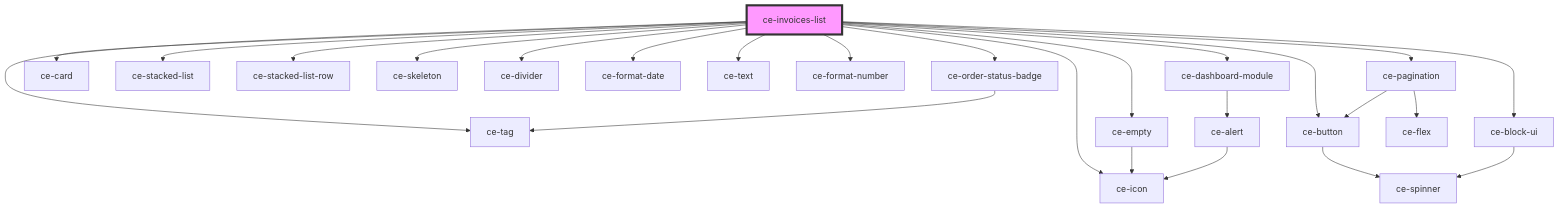
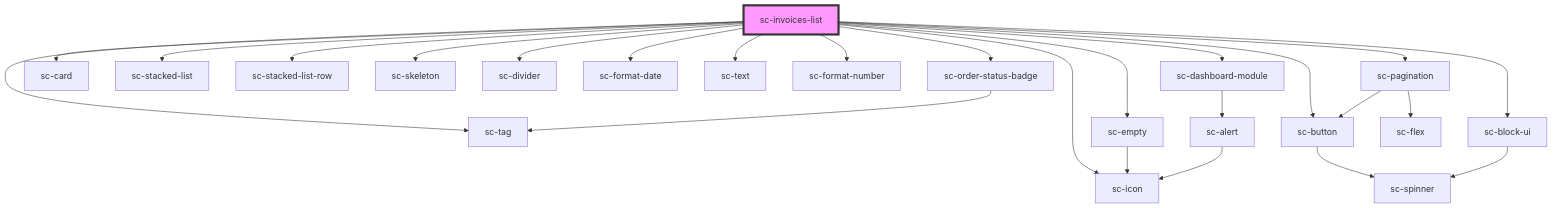
One commit to surecart/surecart-wp-plugin changed the diagram in packages/components/src/components/controllers/dashboard/invoices-list/readme.md. Above: the diagram before and after it, drawn with Mermaid. The commit also changed other lines of this file and 1281 other files, not shown here.

````diff
--- a/packages/components/src/components/controllers/dashboard/invoices-list/readme.md
+++ b/packages/components/src/components/controllers/dashboard/invoices-list/readme.md
@@ -39,28 +39,28 @@
 ```mermaid
 graph TD;
-  ce-invoices-list --> ce-tag
-  ce-invoices-list --> ce-order-status-badge
-  ce-invoices-list --> ce-card
-  ce-invoices-list --> ce-stacked-list
-  ce-invoices-list --> ce-stacked-list-row
-  ce-invoices-list --> ce-skeleton
-  ce-invoices-list --> ce-divider
-  ce-invoices-list --> ce-empty
-  ce-invoices-list --> ce-format-date
-  ce-invoices-list --> ce-text
-  ce-invoices-list --> ce-format-number
-  ce-invoices-list --> ce-dashboard-module
-  ce-invoices-list --> ce-button
-  ce-invoices-list --> ce-icon
-  ce-invoices-list --> ce-pagination
-  ce-invoices-list --> ce-block-ui
-  ce-order-status-badge --> ce-tag
-  ce-empty --> ce-icon
-  ce-dashboard-module --> ce-alert
-  ce-alert --> ce-icon
-  ce-button --> ce-spinner
-  ce-pagination --> ce-flex
-  ce-pagination --> ce-button
-  ce-block-ui --> ce-spinner
-  style ce-invoices-list fill:#f9f,stroke:#333,stroke-width:4px
+  sc-invoices-list --> sc-tag
+  sc-invoices-list --> sc-order-status-badge
+  sc-invoices-list --> sc-card
+  sc-invoices-list --> sc-stacked-list
+  sc-invoices-list --> sc-stacked-list-row
+  sc-invoices-list --> sc-skeleton
+  sc-invoices-list --> sc-divider
+  sc-invoices-list --> sc-empty
+  sc-invoices-list --> sc-format-date
+  sc-invoices-list --> sc-text
+  sc-invoices-list --> sc-format-number
+  sc-invoices-list --> sc-dashboard-module
+  sc-invoices-list --> sc-button
+  sc-invoices-list --> sc-icon
+  sc-invoices-list --> sc-pagination
+  sc-invoices-list --> sc-block-ui
+  sc-order-status-badge --> sc-tag
+  sc-empty --> sc-icon
+  sc-dashboard-module --> sc-alert
+  sc-alert --> sc-icon
+  sc-button --> sc-spinner
+  sc-pagination --> sc-flex
+  sc-pagination --> sc-button
+  sc-block-ui --> sc-spinner
+  style sc-invoices-list fill:#f9f,stroke:#333,stroke-width:4px
 ```
````
